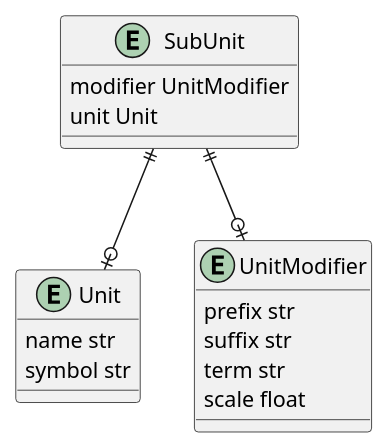
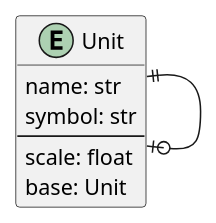
One commit to suli-g/units changed the diagram in uml/erd.puml. Above: the diagram before and after it, drawn with PlantUML.

Commit message:
Update ERD to make the Unit entity more manageable (removing all dependencies).

```diff
--- a/uml/erd.puml
+++ b/uml/erd.puml
@@ -1,21 +1,11 @@
 @startuml
 entity Unit {
-    name str
-    symbol str
+    name: str
+    symbol: str
+    --
+    scale: float
+    base: Unit
 }
 
-entity UnitModifier {
-    prefix str
-    suffix str
-    term str
-    scale float
-}
-
-entity SubUnit {
-    modifier UnitModifier
-    unit Unit
-}
-
-SubUnit ||--o| UnitModifier
-SubUnit ||--o| Unit
+Unit ||--o| Unit
 @enduml
```
